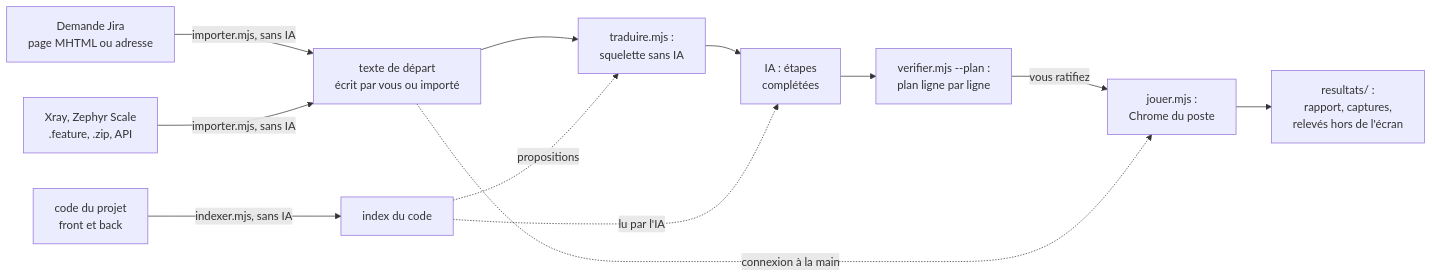
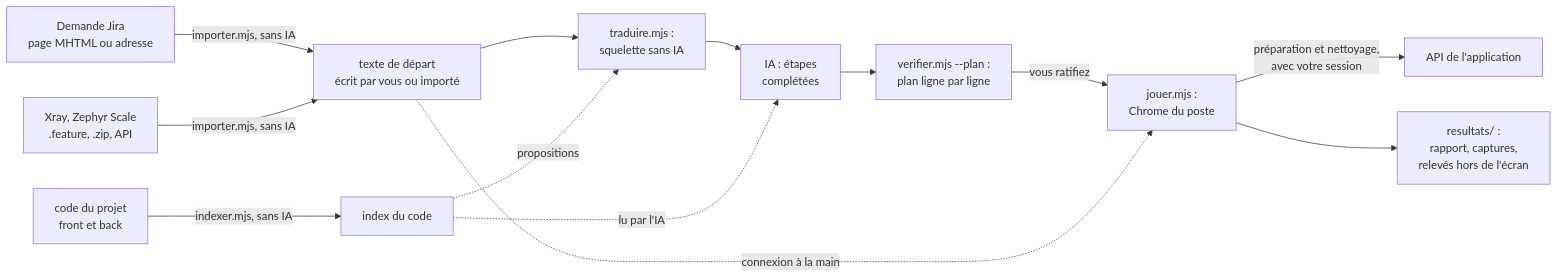
One commit to FredGarcia/Agent2Prompt changed the diagram in docs/scenario-playwright/mode-emploi.md. Above: the diagram before and after it, drawn with Mermaid. The commit also changed other lines of this file and 24 other files, not shown here.

First line of the commit message:
spec(scenario-playwright): version 1.4.0, préparation et nettoyage des données

````diff
--- a/docs/scenario-playwright/mode-emploi.md
+++ b/docs/scenario-playwright/mode-emploi.md
@@ -5,14 +5,15 @@
 ```mermaid
 flowchart LR
   JI["Demande Jira<br/>page MHTML ou adresse"] -->|"importer.mjs, sans IA"| V
   XZ["Xray, Zephyr Scale<br/>.feature, .zip, API"] -->|"importer.mjs, sans IA"| V
   V["texte de départ<br/>écrit par vous ou importé"] --> T["traduire.mjs :<br/>squelette sans IA"]
   C["code du projet<br/>front et back"] -->|"indexer.mjs, sans IA"| X["index du code"]
   X -.->|"propositions"| T
   T --> IA["IA : étapes<br/>complétées"]
   X -.->|"lu par l'IA"| IA
   IA --> P["verifier.mjs --plan :<br/>plan ligne par ligne"]
   P -->|"vous ratifiez"| J["jouer.mjs :<br/>Chrome du poste"]
   V -.->|"connexion à la main"| J
+  J -->|"préparation et nettoyage,<br/>avec votre session"| API["API de l'application"]
   J --> R["resultats/ :<br/>rapport, captures,<br/>relevés hors de l'écran"]
 ```
````
